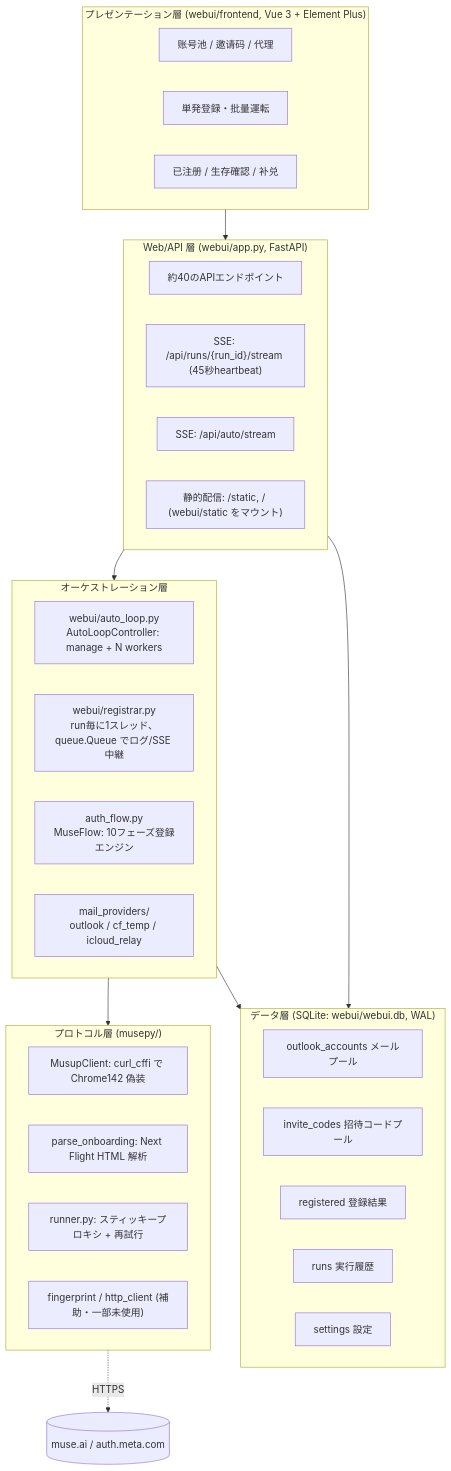
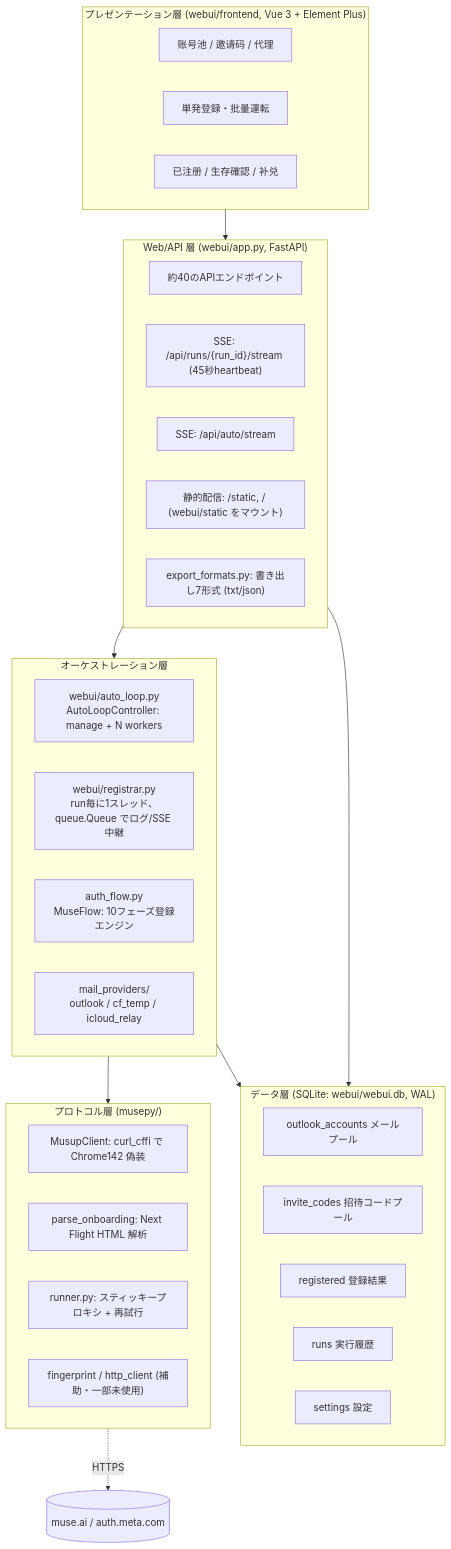
The diagram in docs/ja/architecture.md (Fuwafuwaman/muse-JP-Reg), drawn with Mermaid before and after one commit. The commit also changed other lines of this file and 2 other files, not shown here.

First line of the commit message:
docs: tighten Japanese doc accuracy (httpx resolved, export formats, precise line refs)

````diff
--- a/docs/ja/architecture.md
+++ b/docs/ja/architecture.md
@@ -7,42 +7,43 @@
 ```mermaid
 flowchart TB
     subgraph UI["プレゼンテーション層 (webui/frontend, Vue 3 + Element Plus)"]
         V1[账号池 / 邀请码 / 代理]
         V2[単発登録・批量運転]
         V3[已注册 / 生存確認 / 补兑]
     end
 
     subgraph API["Web/API 層 (webui/app.py, FastAPI)"]
         A1["約40のAPIエンドポイント"]
         A2["SSE: /api/runs/{run_id}/stream (45秒heartbeat)"]
         A3["SSE: /api/auto/stream"]
         A4["静的配信: /static, / (webui/static をマウント)"]
+        A5["export_formats.py: 書き出し7形式 (txt/json)"]
     end
 
     subgraph CORE["オーケストレーション層"]
         C1["webui/auto_loop.py<br/>AutoLoopController: manage + N workers"]
         C2["webui/registrar.py<br/>run毎に1スレッド、queue.Queue でログ/SSE 中継"]
         C3["auth_flow.py<br/>MuseFlow: 10フェーズ登録エンジン"]
         C4["mail_providers/<br/>outlook / cf_temp / icloud_relay"]
     end
 
     subgraph PROTO["プロトコル層 (musepy/)"]
         P1["MusupClient: curl_cffi で Chrome142 偽装"]
         P2["parse_onboarding: Next Flight HTML 解析"]
         P3["runner.py: スティッキープロキシ + 再試行"]
         P4["fingerprint / http_client (補助・一部未使用)"]
     end
 
     subgraph DB["データ層 (SQLite: webui/webui.db, WAL)"]
         D1[outlook_accounts メールプール]
         D2[invite_codes 招待コードプール]
         D3[registered 登録結果]
         D4[runs 実行履歴]
         D5[settings 設定]
     end
 
     UI --> API --> CORE --> PROTO
     CORE --> DB
     API --> DB
     PROTO -.->|HTTPS| M[("muse.ai / auth.meta.com")]
 ```
````
